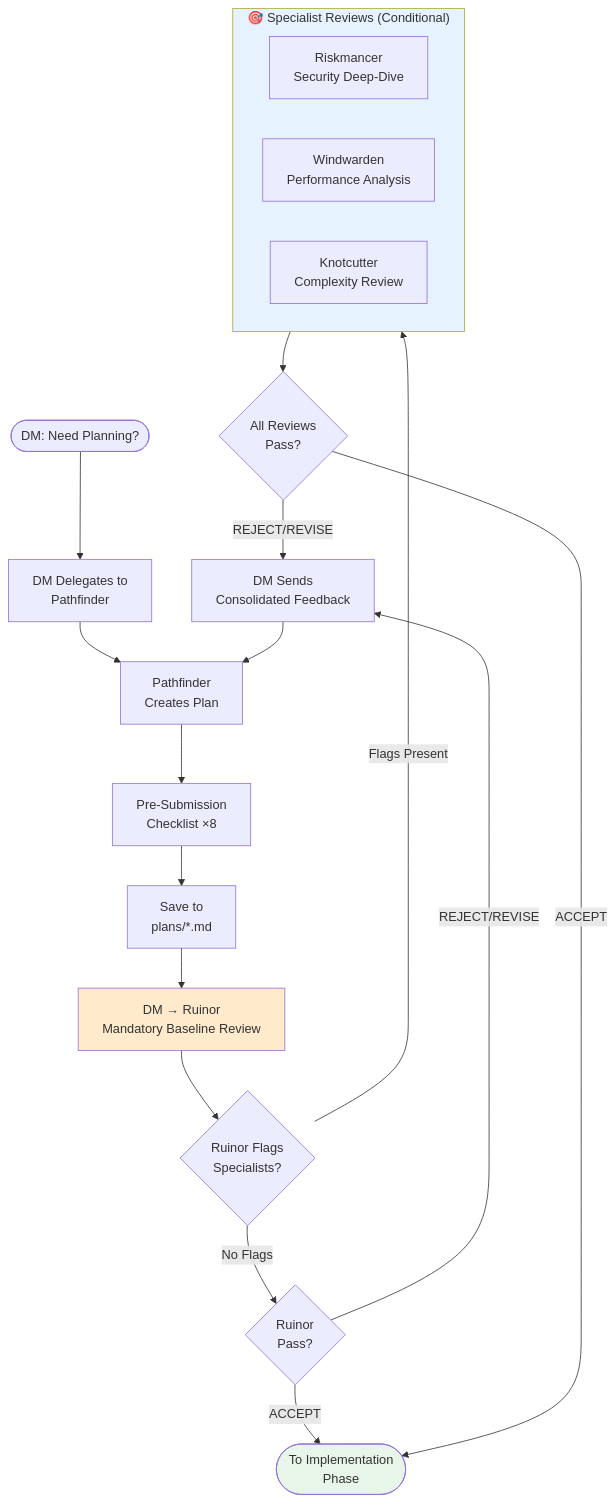
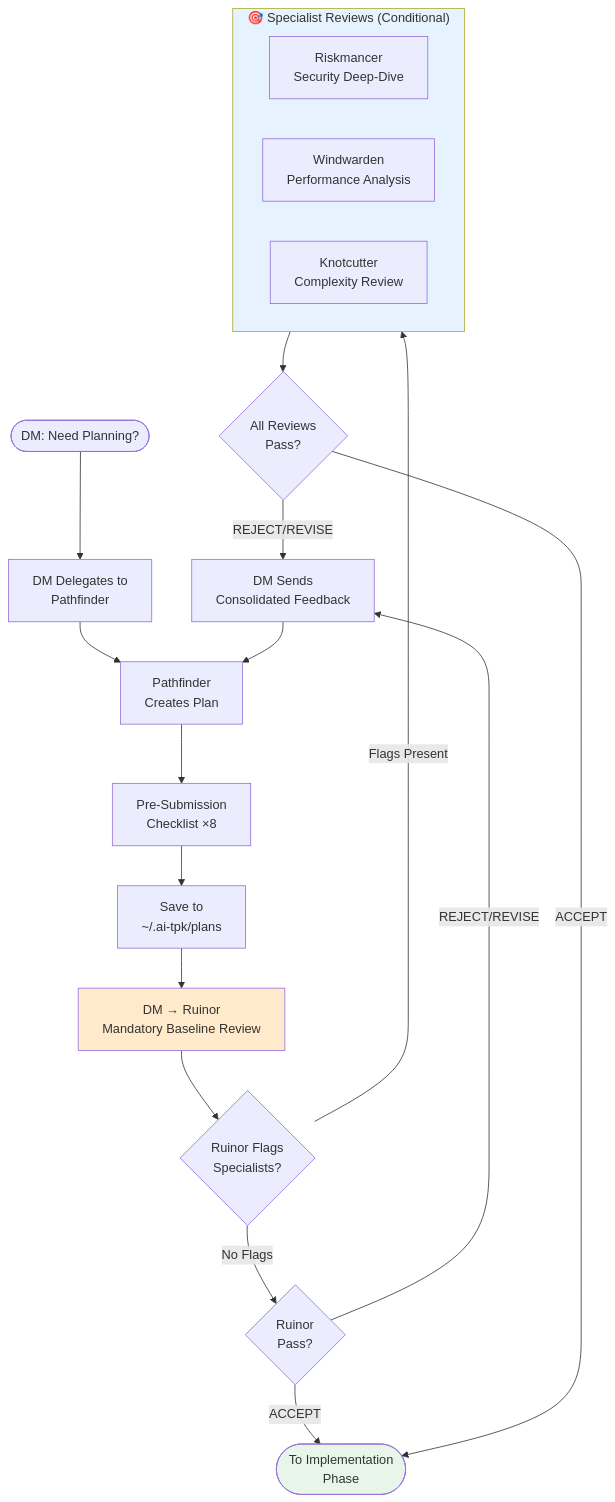
One commit to alkofu/ai-tpk changed the second of 3 diagrams in README.md. Above: the diagram before and after it, drawn with Mermaid. The commit also changed other lines of this file and 9 other files, not shown here.

````diff
--- a/README.md
+++ b/README.md
@@ -645,31 +708,31 @@
 ```mermaid
 flowchart TD
     Start([DM: Need Planning?]) --> DelegateP[DM Delegates to<br/>Pathfinder]
     DelegateP --> PF[Pathfinder<br/>Creates Plan]
     PF --> Checklist[Pre-Submission<br/>Checklist ×8]
-    Checklist --> SavePlan[Save to<br/>plans/*.md]
+    Checklist --> SavePlan[Save to<br/>~/.ai-tpk/plans]
     SavePlan --> MandatoryR[DM → Ruinor<br/>Mandatory Baseline Review]
 
     MandatoryR --> Decision{Ruinor Flags<br/>Specialists?}
 
     Decision -->|No Flags| Assess1{Ruinor<br/>Pass?}
     Decision -->|Flags Present| Specialists
 
     subgraph Specialists["🎯 Specialist Reviews (Conditional)"]
         RS1[Riskmancer<br/>Security Deep-Dive]
         W1[Windwarden<br/>Performance Analysis]
         K1[Knotcutter<br/>Complexity Review]
     end
 
     Specialists --> Assess2{All Reviews<br/>Pass?}
 
     Assess1 -->|REJECT/REVISE| Feedback[DM Sends<br/>Consolidated Feedback]
     Assess2 -->|REJECT/REVISE| Feedback
     Feedback --> PF
     Assess1 -->|ACCEPT| Next([To Implementation<br/>Phase])
     Assess2 -->|ACCEPT| Next
 
     style MandatoryR fill:#ffebcc
     style Specialists fill:#e6f3ff
     style Next fill:#e8f5e9
 ```
````
